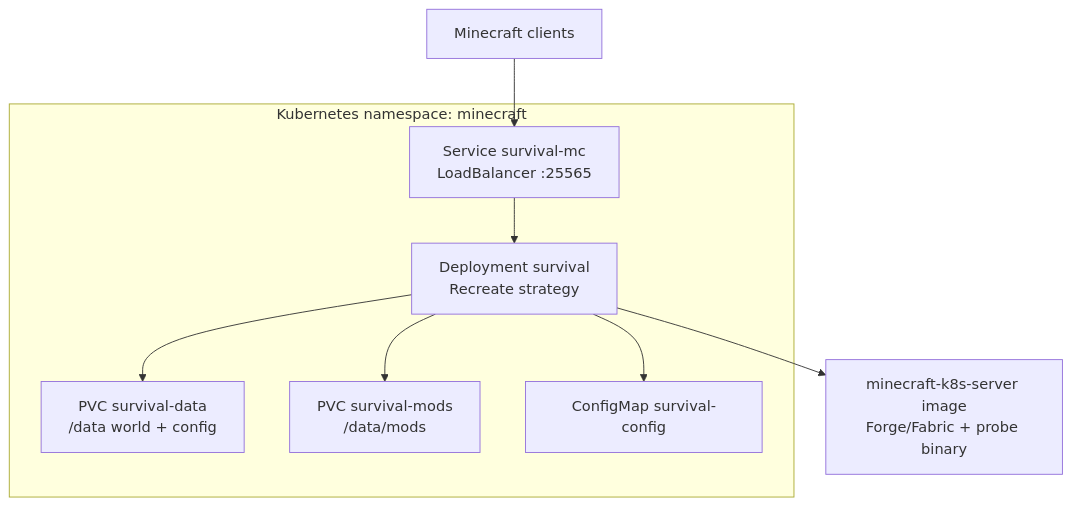
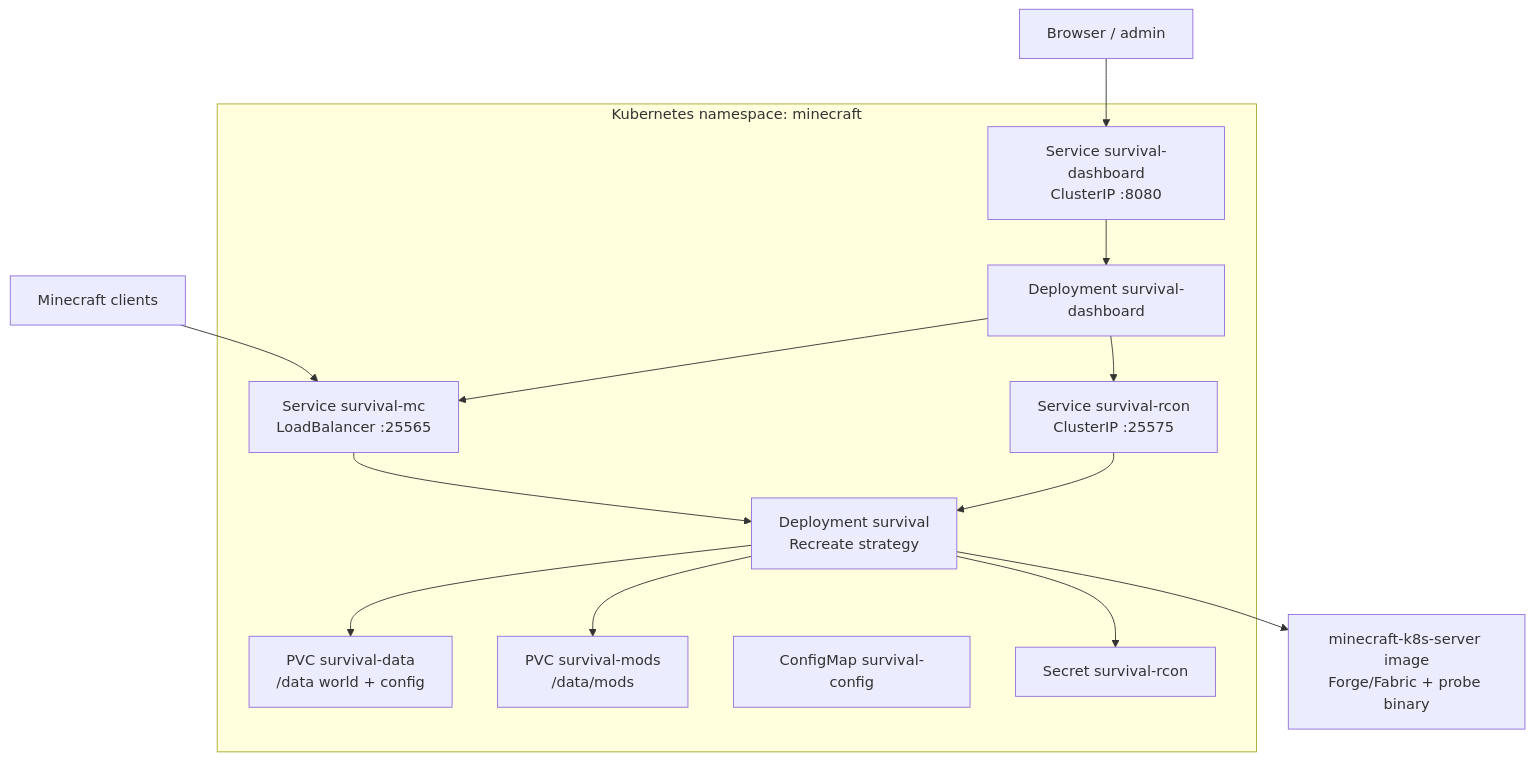
One commit to brianlechthaler/minecraft-k8s changed the diagram in README.md. Above: the diagram before and after it, drawn with Mermaid. The commit also changed other lines of this file and 12 other files, not shown here.

First line of the commit message:
Add web dashboard for Minecraft server management via RCON.

````diff
--- a/README.md
+++ b/README.md
@@ -145,17 +166,26 @@
 ```mermaid
 flowchart TB
     subgraph k8s [Kubernetes namespace: minecraft]
         SVC[Service survival-mc<br/>LoadBalancer :25565]
+        DASH[Service survival-dashboard<br/>ClusterIP :8080]
+        RCON[Service survival-rcon<br/>ClusterIP :25575]
         DEP[Deployment survival<br/>Recreate strategy]
+        DASH_DEP[Deployment survival-dashboard]
         PVC_DATA[PVC survival-data<br/>/data world + config]
         PVC_MODS[PVC survival-mods<br/>/data/mods]
         CM[ConfigMap survival-config]
+        SEC[Secret survival-rcon]
     end
 
     Client[Minecraft clients] --> SVC
+    Admin[Browser / admin] --> DASH
+    DASH --> DASH_DEP
+    DASH_DEP --> RCON
+    DASH_DEP --> SVC
     SVC --> DEP
+    RCON --> DEP
     DEP --> PVC_DATA
     DEP --> PVC_MODS
-    DEP --> CM
+    DEP --> SEC
     DEP --> IMG[minecraft-k8s-server image<br/>Forge/Fabric + probe binary]
 ```
````
